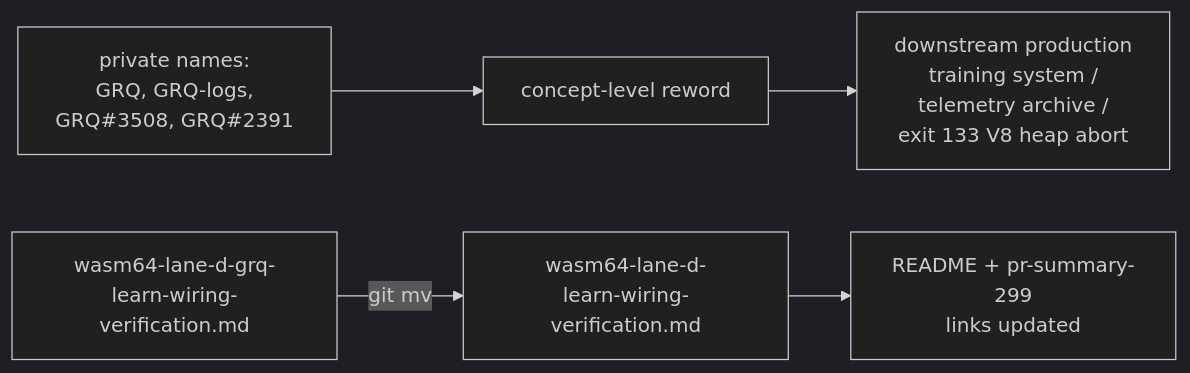
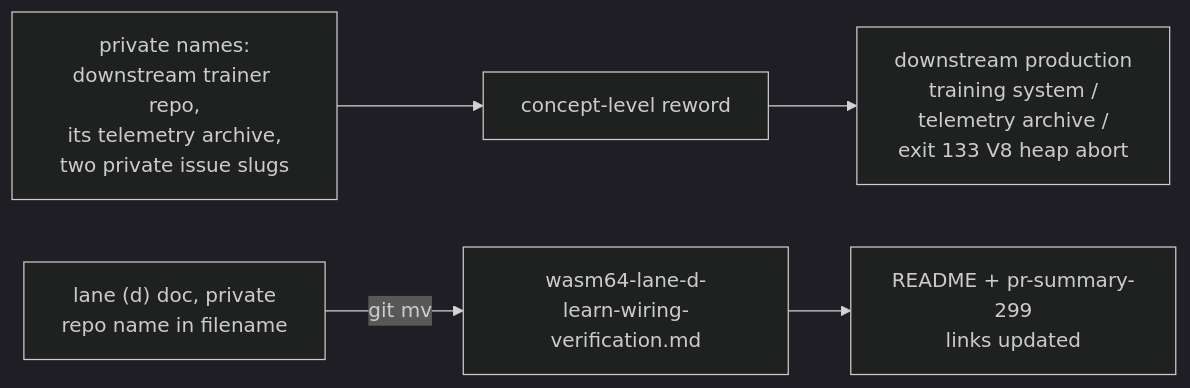
The diagram in docs/archive/pr-summaries/pr-summary-374.md (stSoftwareAU/NEAT-AI-core), drawn with Mermaid (dark theme) before and after one commit. The commit also changed other lines of this file and 10 other files, not shown here.

First line of the commit message:
🟢 Reword GRQ/VibeCoding mentions in archived audit-fix pr-summary-373..378, 546 to concept level (Issue #664) (#669)

````diff
--- a/docs/archive/pr-summaries/pr-summary-374.md
+++ b/docs/archive/pr-summaries/pr-summary-374.md
@@ -38,7 +40,7 @@
 ```mermaid
 flowchart LR
-    A["private names:<br/>GRQ, GRQ-logs,<br/>GRQ#3508, GRQ#2391"] --> B["concept-level reword"]
+    A["private names:<br/>downstream trainer repo,<br/>its telemetry archive,<br/>two private issue slugs"] --> B["concept-level reword"]
     B --> C["downstream production<br/>training system /<br/>telemetry archive /<br/>exit 133 V8 heap abort"]
-    D["wasm64-lane-d-grq-<br/>learn-wiring-verification.md"] -->|git mv| E["wasm64-lane-d-<br/>learn-wiring-verification.md"]
+    D["lane (d) doc, private<br/>repo name in filename"] -->|git mv| E["wasm64-lane-d-<br/>learn-wiring-verification.md"]
     E --> F["README + pr-summary-299<br/>links updated"]
 ```
````
